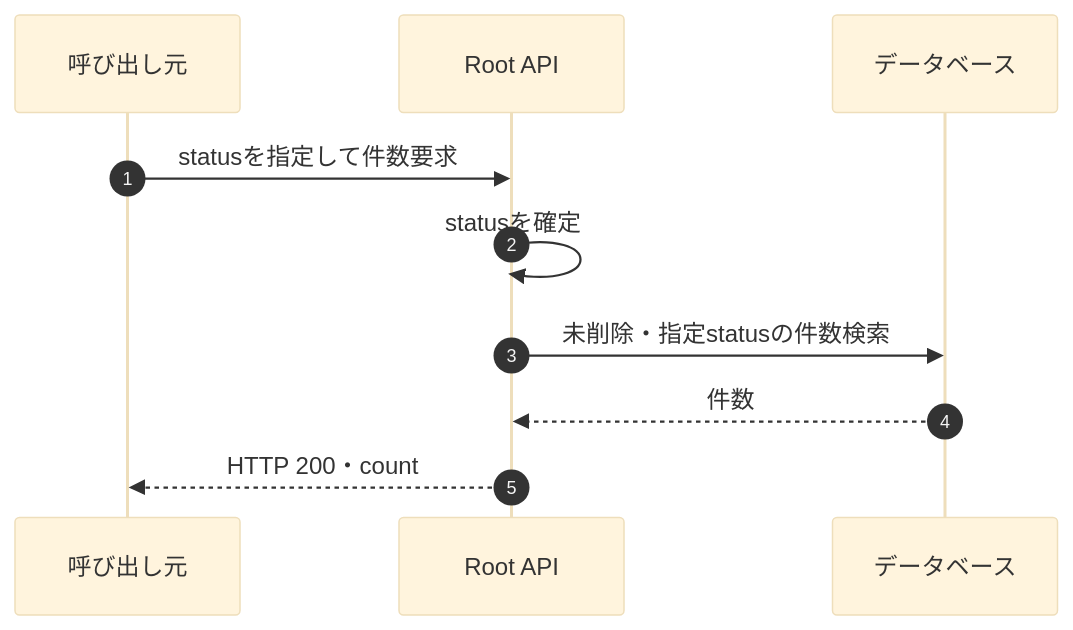
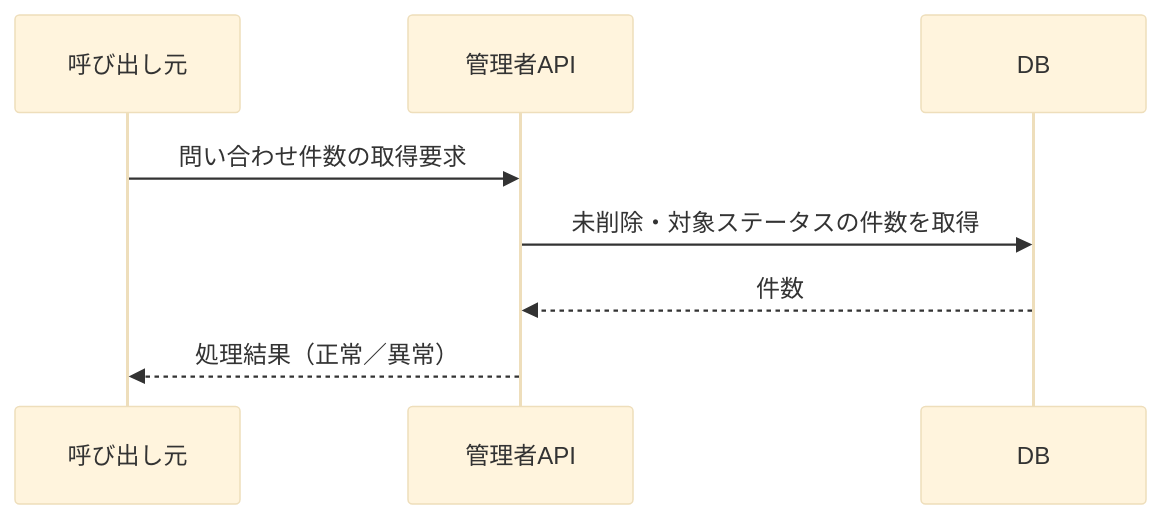
One commit to kohei-okazaki/work-3g changed the first of 2 diagrams in ha-docs/design/05_rootapi/設計書_5.10.3.問い合わせ情報通知API.md. Above: the diagram before and after it, drawn with Mermaid (base theme). The commit also changed other lines of this file and 67 other files, not shown here.

````diff
--- a/ha-docs/design/05_rootapi/設計書_5.10.3.問い合わせ情報通知API.md
+++ b/ha-docs/design/05_rootapi/設計書_5.10.3.問い合わせ情報通知API.md
@@ -77,12 +10,10 @@
 ```mermaid
 sequenceDiagram
-    autonumber
-    participant Client as 呼び出し元
-    participant API as Root API
-    participant DB as データベース
-    Client->>API: statusを指定して件数要求
-    API->>API: statusを確定
-    API->>DB: 未削除・指定statusの件数検索
-    DB-->>API: 件数
-    API-->>Client: HTTP 200・count
+    participant C as 呼び出し元
+    participant A as 管理者API
+    participant D as DB
+    C->>A: 問い合わせ件数の取得要求
+    A->>D: 未削除・対象ステータスの件数を取得
+    D-->>A: 件数
+    A-->>C: 処理結果（正常／異常）
 ```
````
